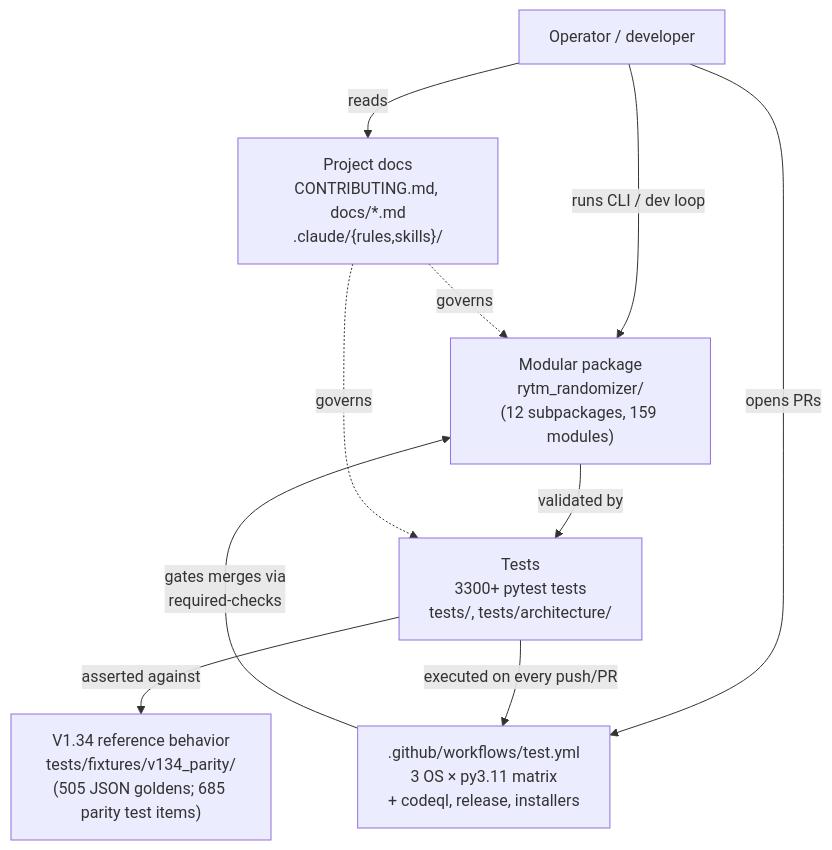
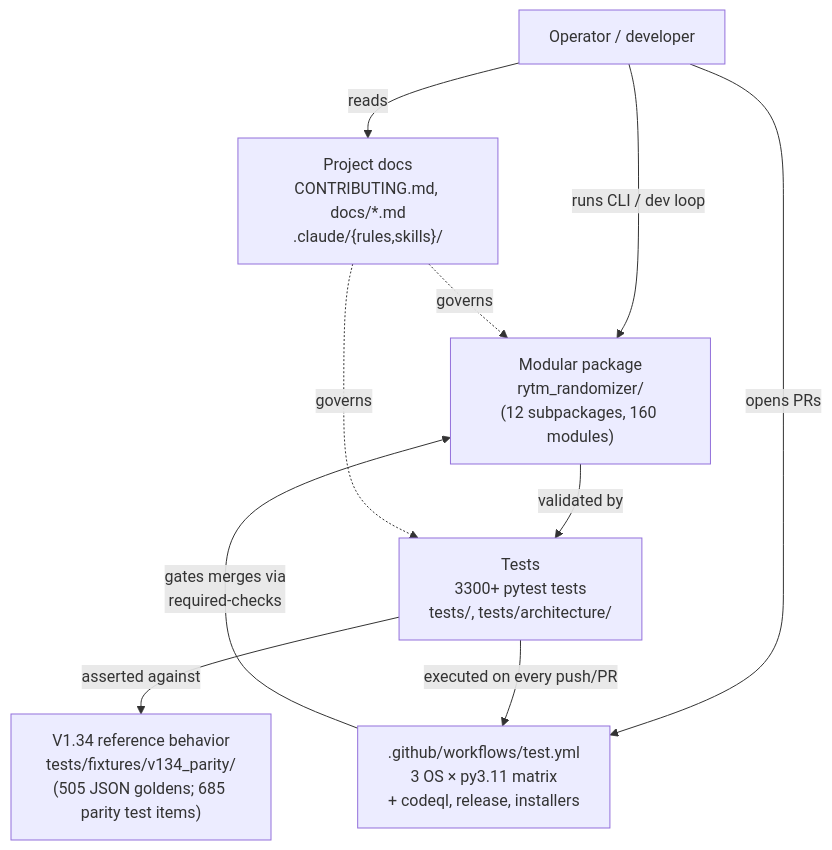
Before and after one commit to buzzijose-hub/RytmRandomizer: the first of 26 diagrams in docs/ARCHITECTURE_DIAGRAMS.md, drawn with Mermaid. The commit also changed other lines of this file and 15 other files, not shown here.

````diff
--- a/docs/ARCHITECTURE_DIAGRAMS.md
+++ b/docs/ARCHITECTURE_DIAGRAMS.md
@@ -47,22 +47,22 @@
 ```mermaid
 flowchart TB
     User["Operator / developer"]
     V134["V1.34 reference behavior<br/>tests/fixtures/v134_parity/<br/>(505 JSON goldens; 685 parity test items)"]
-    Package["Modular package<br/>rytm_randomizer/<br/>(12 subpackages, 159 modules)"]
+    Package["Modular package<br/>rytm_randomizer/<br/>(12 subpackages, 160 modules)"]
     Tests["Tests<br/>3300+ pytest tests<br/>tests/, tests/architecture/"]
     CI[".github/workflows/test.yml<br/>3 OS × py3.11 matrix<br/>+ codeql, release, installers"]
     Docs["Project docs<br/>CONTRIBUTING.md, docs/*.md<br/>.claude/{rules,skills}/"]
 
     User -->|"runs CLI / dev loop"| Package
     User -->|"opens PRs"| CI
     User -->|"reads"| Docs
 
     Package -->|"validated by"| Tests
     Tests -->|"asserted against"| V134
     Tests -->|"executed on every push/PR"| CI
 
     CI -->|"gates merges via<br/>required-checks"| Package
 
     Docs -.->|"governs"| Package
     Docs -.->|"governs"| Tests
 ```
````
